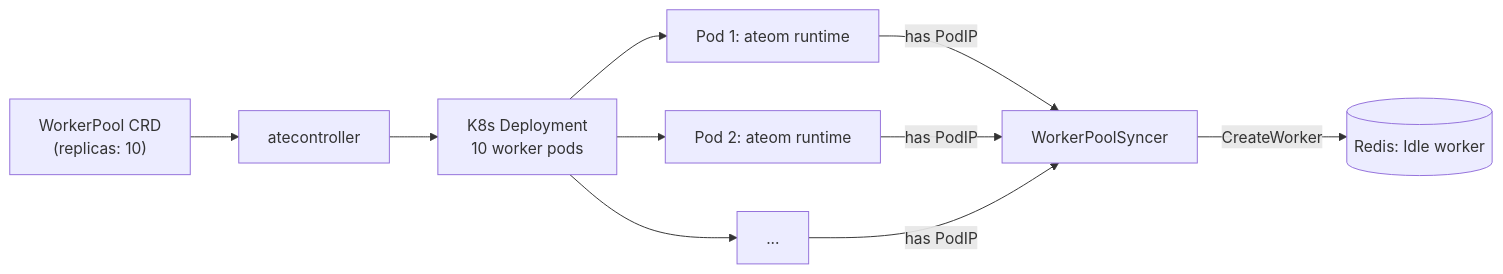
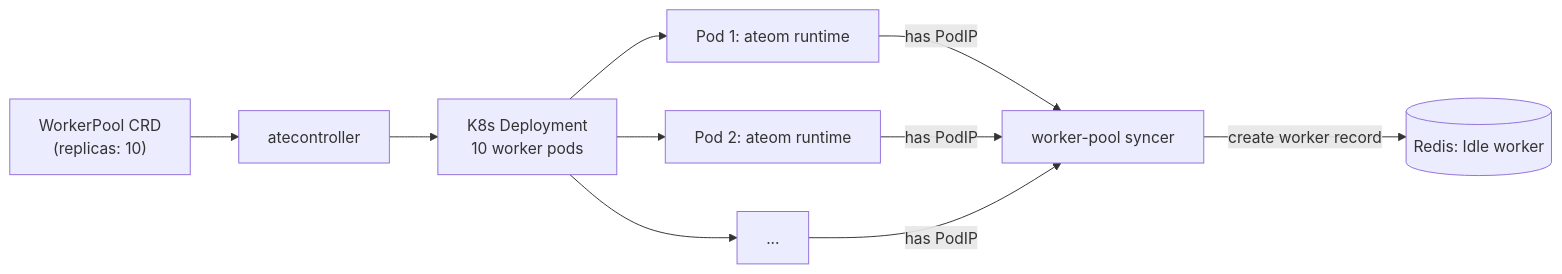
Before and after one commit to christian-posta/substrate: the third of 3 diagrams in atlas/src/content/docs/flows/worker-lifecycle.mdx, drawn with Mermaid. The commit also changed other lines of this file and 27 other files, not shown here.

````diff
--- a/atlas/src/content/docs/flows/worker-lifecycle.mdx
+++ b/atlas/src/content/docs/flows/worker-lifecycle.mdx
@@ -152,12 +143,12 @@
 ```mermaid
 flowchart LR
   WP["WorkerPool CRD<br/>(replicas: 10)"] --> CTR[atecontroller]
   CTR --> DEP[K8s Deployment<br/>10 worker pods]
   DEP --> P1[Pod 1: ateom runtime]
   DEP --> P2[Pod 2: ateom runtime]
   DEP --> PN[...]
-  P1 -- has PodIP --> SYNC[WorkerPoolSyncer]
+  P1 -- has PodIP --> SYNC[worker-pool syncer]
   P2 -- has PodIP --> SYNC
   PN -- has PodIP --> SYNC
-  SYNC -- CreateWorker --> RED[(Redis: Idle worker)]
+  SYNC -- create worker record --> RED[(Redis: Idle worker)]
 ```
````
